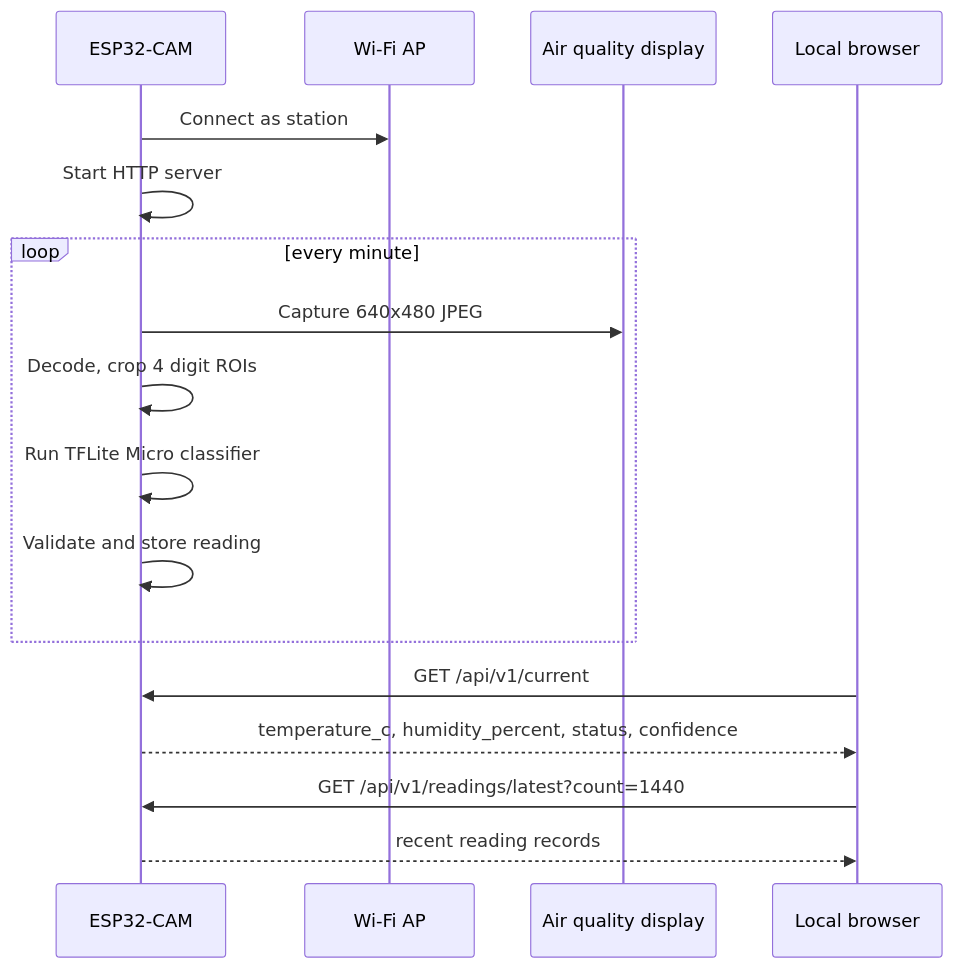
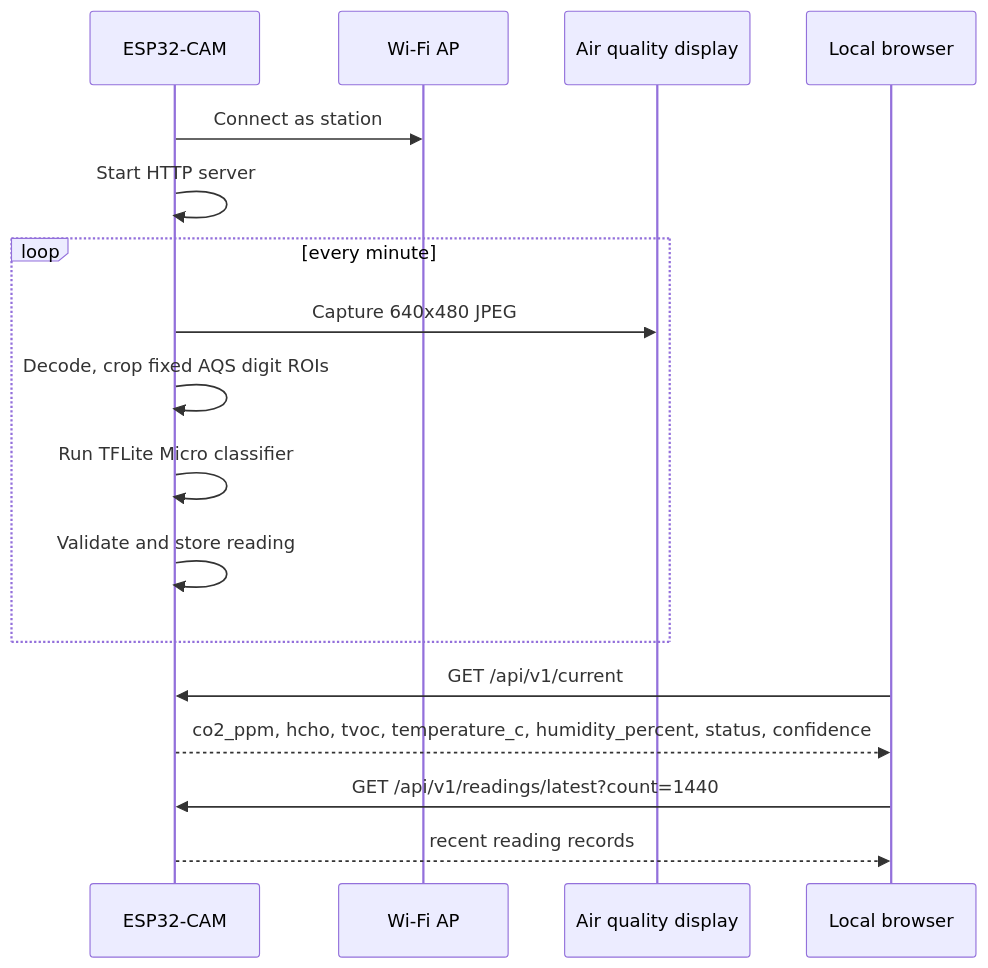
One commit to marcelpetrick/esp32-fever-dream changed the fifth of 5 diagrams in documents/05_ARCHITECTURE.md. Above: the diagram before and after it, drawn with Mermaid. The commit also changed other lines of this file and 27 other files, not shown here.

````diff
--- a/documents/05_ARCHITECTURE.md
+++ b/documents/05_ARCHITECTURE.md
@@ -104,20 +106,20 @@
 ```mermaid
 sequenceDiagram
     participant ESP as ESP32-CAM
     participant WiFi as Wi-Fi AP
     participant Display as Air quality display
     participant Browser as Local browser
 
     ESP->>WiFi: Connect as station
     ESP->>ESP: Start HTTP server
     loop every minute
         ESP->>Display: Capture 640x480 JPEG
-        ESP->>ESP: Decode, crop 4 digit ROIs
+        ESP->>ESP: Decode, crop fixed AQS digit ROIs
         ESP->>ESP: Run TFLite Micro classifier
         ESP->>ESP: Validate and store reading
     end
     Browser->>ESP: GET /api/v1/current
-    ESP-->>Browser: temperature_c, humidity_percent, status, confidence
+    ESP-->>Browser: co2_ppm, hcho, tvoc, temperature_c, humidity_percent, status, confidence
     Browser->>ESP: GET /api/v1/readings/latest?count=1440
     ESP-->>Browser: recent reading records
 ```
````
